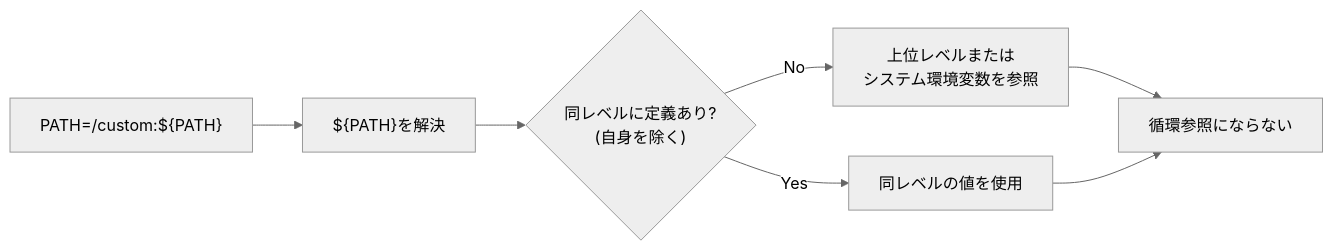
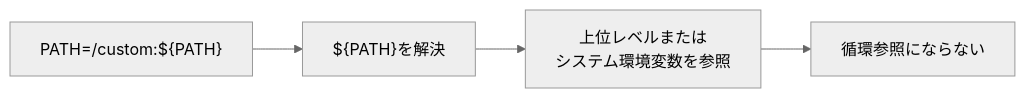
The eighth of 11 diagrams in docs/tasks/0031_global_group_env/02_architecture.md (isseis/go-safe-cmd-runner), drawn with Mermaid (neutral theme) before and after one commit. The commit also changed other lines of this file, not shown here.

Commit message:
doc: clarify self-reference in architecture doc

````diff
--- a/docs/tasks/0031_global_group_env/02_architecture.md
+++ b/docs/tasks/0031_global_group_env/02_architecture.md
@@ -474,9 +481,6 @@
 ```mermaid
 flowchart LR
     A["PATH=/custom:${PATH}"] --> B["${PATH}を解決"]
-    B --> C{"同レベルに定義あり?<br>(自身を除く)"}
-    C -->|"No"| D["上位レベルまたは<br>システム環境変数を参照"]
-    C -->|"Yes"| E["同レベルの値を使用"]
-    D --> F["循環参照にならない"]
-    E --> F
+    B --> C["上位レベルまたは<br>システム環境変数を参照"]
+    C --> D["循環参照にならない"]
 ```
````
